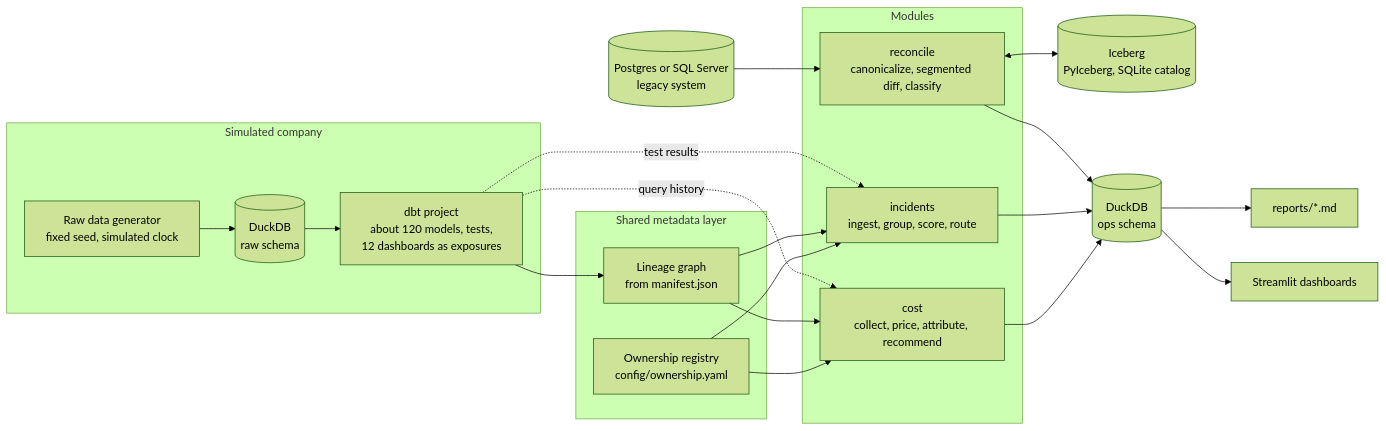
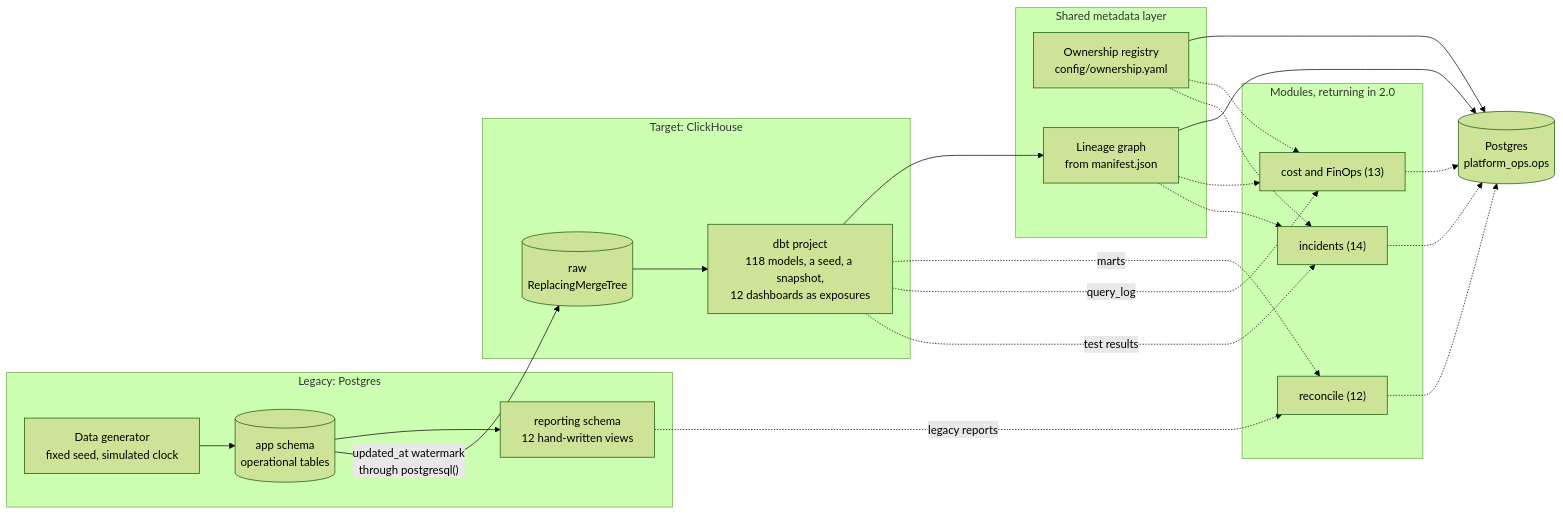
One commit to nguyenngocthien0206/data-platform-ops changed the diagram in README.md. Above: the diagram before and after it, drawn with Mermaid (forest theme). The commit also changed other lines of this file and 6 other files, not shown here.

````diff
--- a/README.md
+++ b/README.md
@@ -25,31 +33,34 @@
 ```mermaid
 flowchart LR
-    subgraph company["Simulated company"]
-        gen["Raw data generator<br/>fixed seed, simulated clock"] --> raw[("DuckDB<br/>raw schema")]
-        raw --> dbt["dbt project<br/>about 120 models, tests,<br/>12 dashboards as exposures"]
+    subgraph legacy["Legacy: Postgres"]
+        gen["Data generator<br/>fixed seed, simulated clock"] --> app[("app schema<br/>operational tables")]
+        app --> rep["reporting schema<br/>12 hand-written views"]
     end
+
+    subgraph warehouse["Target: ClickHouse"]
+        raw[("raw<br/>ReplacingMergeTree")] --> dbt["dbt project<br/>118 models, a seed, a snapshot,<br/>12 dashboards as exposures"]
+    end
+
+    app -- "updated_at watermark<br/>through postgresql()" --> raw
 
     subgraph meta["Shared metadata layer"]
         reg["Ownership registry<br/>config/ownership.yaml"]
         lin["Lineage graph<br/>from manifest.json"]
     end
 
     dbt --> lin
-    reg --> cost & inc
-    lin --> cost & inc
+    reg & lin --> ops[("Postgres<br/>platform_ops.ops")]
 
-    subgraph modules["Modules"]
-        cost["cost<br/>collect, price, attribute, recommend"]
-        inc["incidents<br/>ingest, group, score, route"]
-        rec["reconcile<br/>canonicalize, segmented diff, classify"]
+    subgraph modules["Modules, returning in 2.0"]
+        rec["reconcile (12)"]
+        cost["cost and FinOps (13)"]
+        inc["incidents (14)"]
     end
 
-    dbt -. query history .-> cost
+    rep -. legacy reports .-> rec
+    dbt -. marts .-> rec
+    dbt -. query_log .-> cost
     dbt -. test results .-> inc
-    legacy[("Postgres or SQL Server<br/>legacy system")] --> rec
-    rec <--> ice[("Iceberg<br/>PyIceberg, SQLite catalog")]
-
-    cost & inc & rec --> ops[("DuckDB<br/>ops schema")]
-    ops --> reports["reports/*.md"]
-    ops --> dash["Streamlit dashboards"]
+    reg & lin -.-> cost & inc
+    rec & cost & inc -.-> ops
 ```
````
